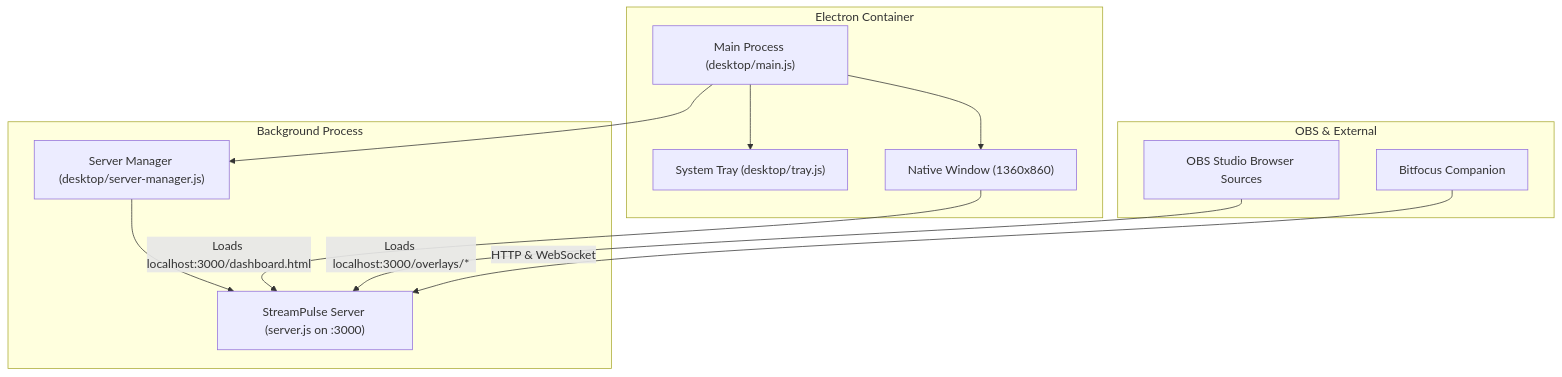
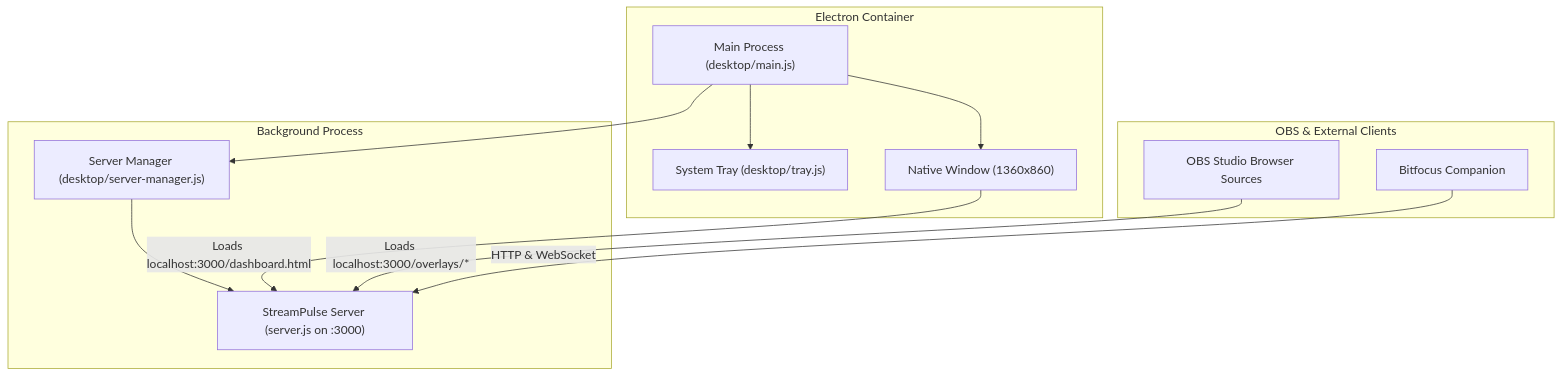
Before and after one commit to jarbochov/StreamPulse: the diagram in docs/desktop-app.md, drawn with Mermaid. The commit also changed 12 other files, not shown here.

````diff
--- a/docs/desktop-app.md
+++ b/docs/desktop-app.md
@@ -13,27 +13,27 @@
 ```mermaid
 flowchart TD
-    subgraph Electron Container
+    subgraph ElectronContainer["Electron Container"]
         Main["Main Process (desktop/main.js)"]
         Tray["System Tray (desktop/tray.js)"]
         Window["Native Window (1360x860)"]
     end
 
-    subgraph Background Process
+    subgraph BackgroundProcess["Background Process"]
         ServerManager["Server Manager (desktop/server-manager.js)"]
         Backend["StreamPulse Server (server.js on :3000)"]
     end
 
-    subgraph OBS & External
+    subgraph ExternalClients["OBS & External Clients"]
         OBS["OBS Studio Browser Sources"]
         Companion["Bitfocus Companion"]
     end
 
     Main --> ServerManager
     ServerManager --> Backend
     Main --> Window
     Main --> Tray
     
     Window -->|"Loads localhost:3000/dashboard.html"| Backend
     OBS -->|"Loads localhost:3000/overlays/*"| Backend
     Companion -->|"HTTP & WebSocket"| Backend
 ```
````
